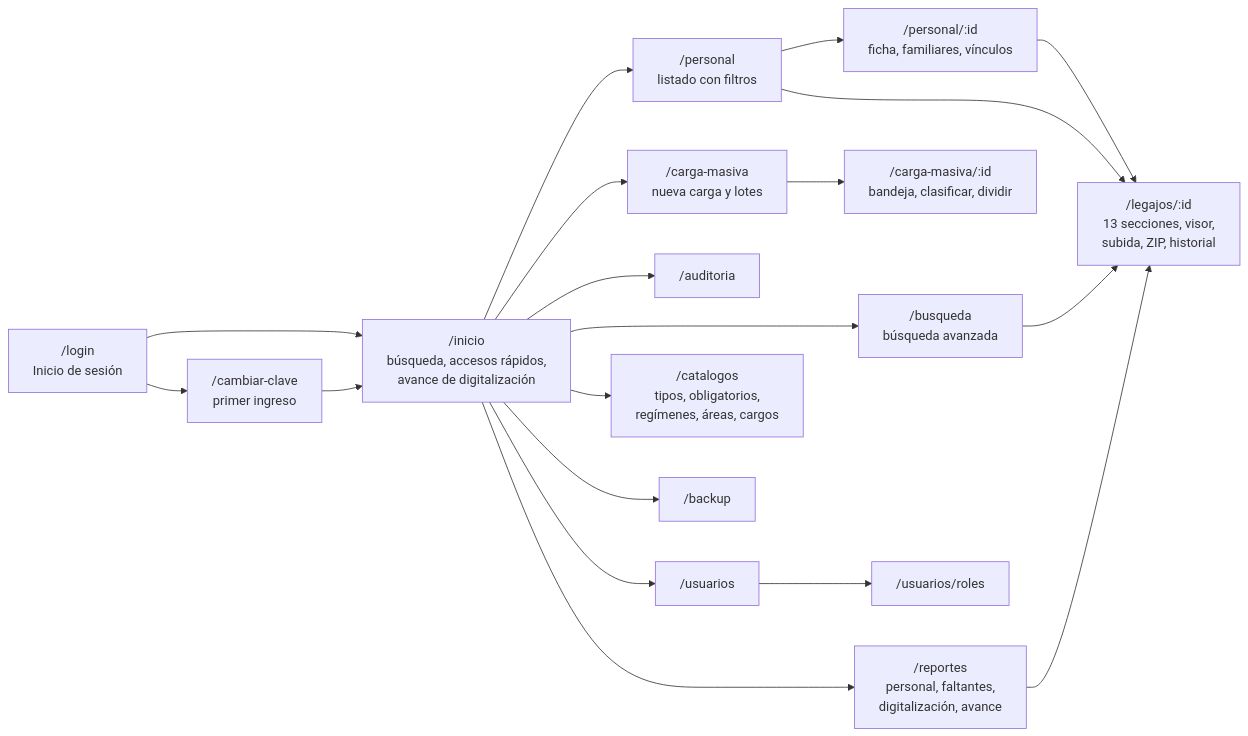
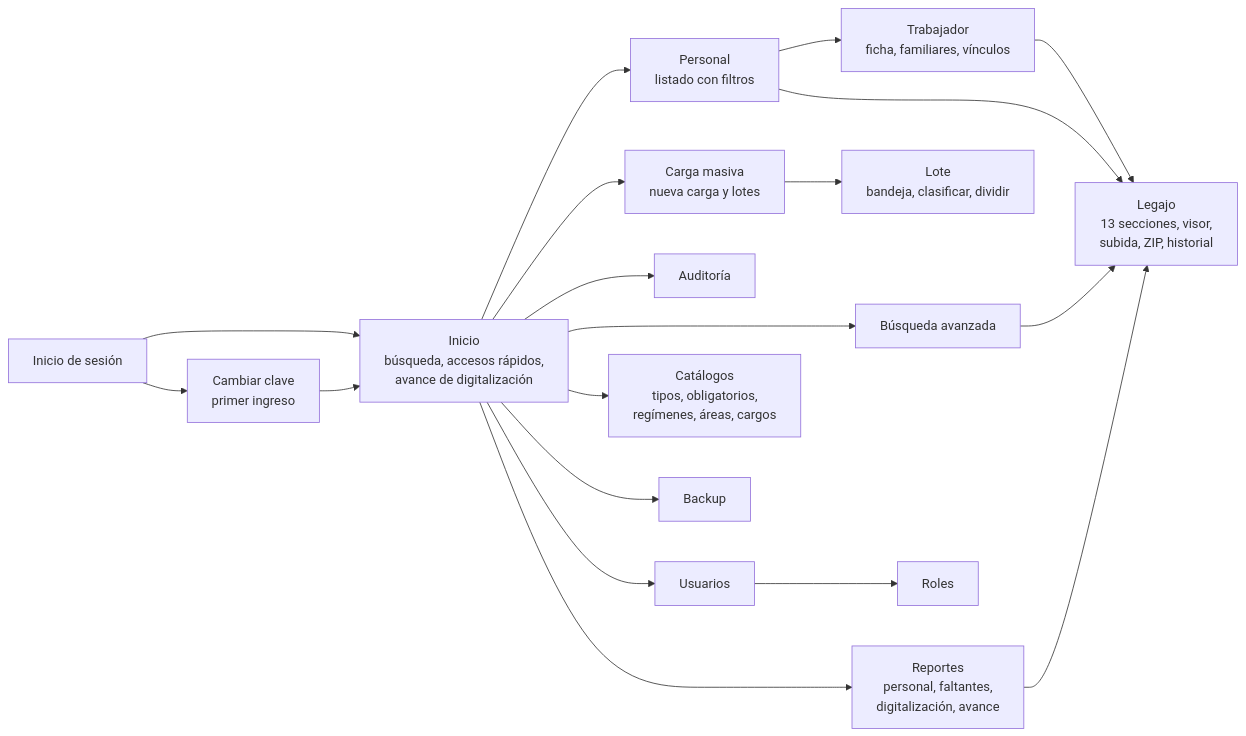
One commit to Jose27luis/legajo changed diagram 21 of 21 in README.md. Above: the diagram before and after it, drawn with Mermaid. The commit also changed other lines of this file, not shown here.

````diff
--- a/README.md
+++ b/README.md
@@ -1287,21 +1207,21 @@
 ```mermaid
 flowchart LR
-    LOGIN["/login<br/>Inicio de sesión"] --> CC["/cambiar-clave<br/>primer ingreso"]
-    LOGIN --> INI["/inicio<br/>búsqueda, accesos rápidos,<br/>avance de digitalización"]
+    LOGIN["Inicio de sesión"] --> CC["Cambiar clave<br/>primer ingreso"]
+    LOGIN --> INI["Inicio<br/>búsqueda, accesos rápidos,<br/>avance de digitalización"]
     CC --> INI
-    INI --> PER["/personal<br/>listado con filtros"]
-    PER --> TRA["/personal/:id<br/>ficha, familiares, vínculos"]
-    TRA --> LEG["/legajos/:id<br/>13 secciones, visor,<br/>subida, ZIP, historial"]
+    INI --> PER["Personal<br/>listado con filtros"]
+    PER --> TRA["Trabajador<br/>ficha, familiares, vínculos"]
+    TRA --> LEG["Legajo<br/>13 secciones, visor,<br/>subida, ZIP, historial"]
     PER --> LEG
-    INI --> BUS["/busqueda<br/>búsqueda avanzada"]
+    INI --> BUS["Búsqueda avanzada"]
     BUS --> LEG
-    INI --> CM["/carga-masiva<br/>nueva carga y lotes"]
-    CM --> LOT["/carga-masiva/:id<br/>bandeja, clasificar, dividir"]
-    INI --> REP["/reportes<br/>personal, faltantes,<br/>digitalización, avance"]
+    INI --> CM["Carga masiva<br/>nueva carga y lotes"]
+    CM --> LOT["Lote<br/>bandeja, clasificar, dividir"]
+    INI --> REP["Reportes<br/>personal, faltantes,<br/>digitalización, avance"]
     REP --> LEG
-    INI --> AUD["/auditoria"]
-    INI --> USU["/usuarios"]
-    USU --> ROL["/usuarios/roles"]
-    INI --> CAT["/catalogos<br/>tipos, obligatorios,<br/>regímenes, áreas, cargos"]
-    INI --> BAK["/backup"]
+    INI --> AUD["Auditoría"]
+    INI --> USU["Usuarios"]
+    USU --> ROL["Roles"]
+    INI --> CAT["Catálogos<br/>tipos, obligatorios,<br/>regímenes, áreas, cargos"]
+    INI --> BAK["Backup"]
 ```
````
